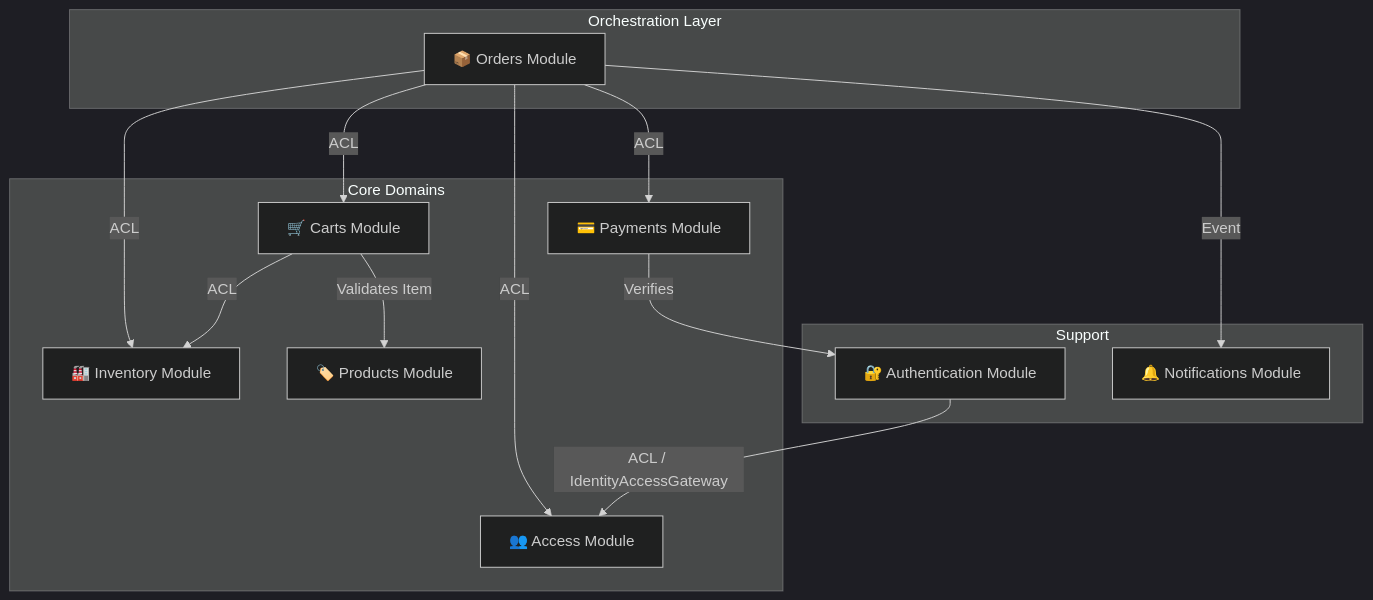
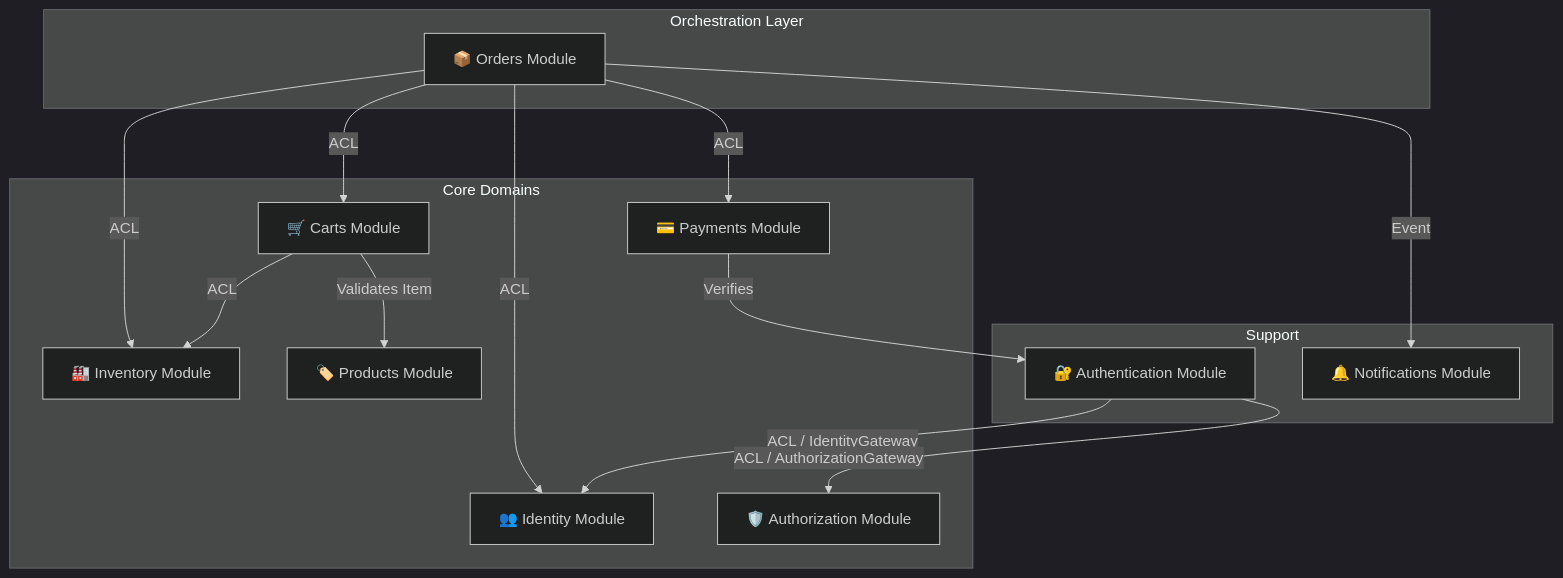
The fourth of 11 diagrams in docs/architecture/ARCHITECTURE.md (raouf-b-dev/ecommerce-store-api), drawn with Mermaid (dark theme) before and after one commit. The commit also changed other lines of this file and 169 other files, not shown here.

First line of the commit message:
ES-138: Refactor Access Module to Identity and Authorization Modules

````diff
--- a/docs/architecture/ARCHITECTURE.md
+++ b/docs/architecture/ARCHITECTURE.md
@@ -167,34 +171,36 @@
 ```mermaid
 graph TD
     subgraph "Orchestration Layer"
         Orders["📦 Orders Module"]
     end
 
     subgraph "Core Domains"
         Inventory["🏭 Inventory Module"]
         Payments["💳 Payments Module"]
         Products["🏷️ Products Module"]
-        Access["👥 Access Module"]
+        Identity["👥 Identity Module"]
+        Authorization["🛡️ Authorization Module"]
         Carts["🛒 Carts Module"]
     end
 
     subgraph "Support"
         Authentication["🔐 Authentication Module"]
         Notifications["🔔 Notifications Module"]
     end
 
     %% Orders Dependencies
     Orders -->|ACL| Inventory
     Orders -->|ACL| Payments
-    Orders -->|ACL| Access
+    Orders -->|ACL| Identity
     Orders -->|ACL| Carts
     Orders -->|Event| Notifications
 
     %% Carts Dependencies
     Carts -->|ACL| Inventory
     Carts -->|Validates Item| Products
 
     %% Auth Dependencies
-    Authentication -->|ACL / IdentityAccessGateway| Access
+    Authentication -->|ACL / IdentityGateway| Identity
+    Authentication -->|ACL / AuthorizationGateway| Authorization
     Payments -->|Verifies| Authentication
 ```
````
